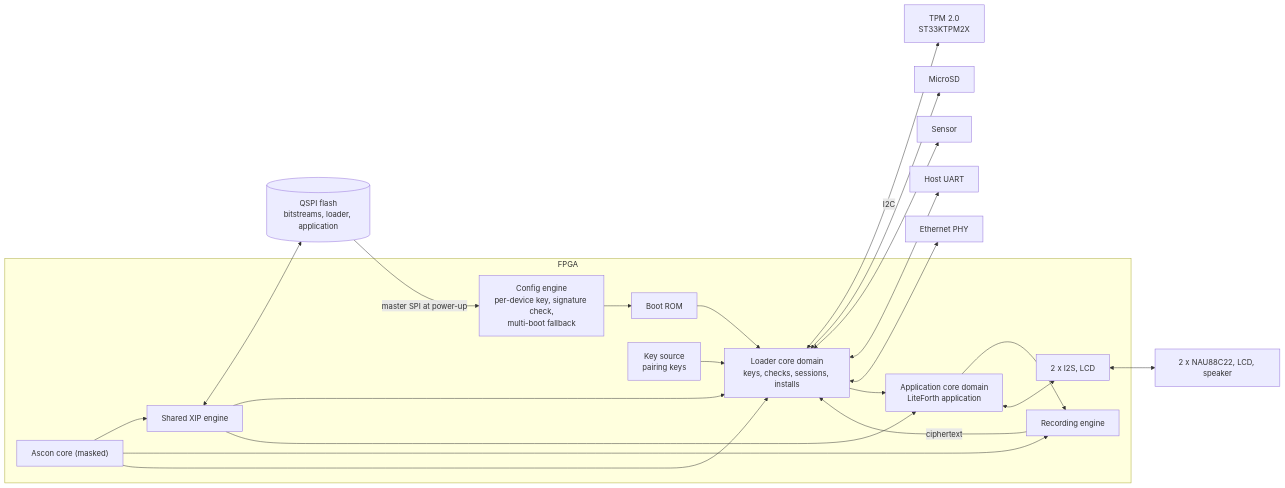
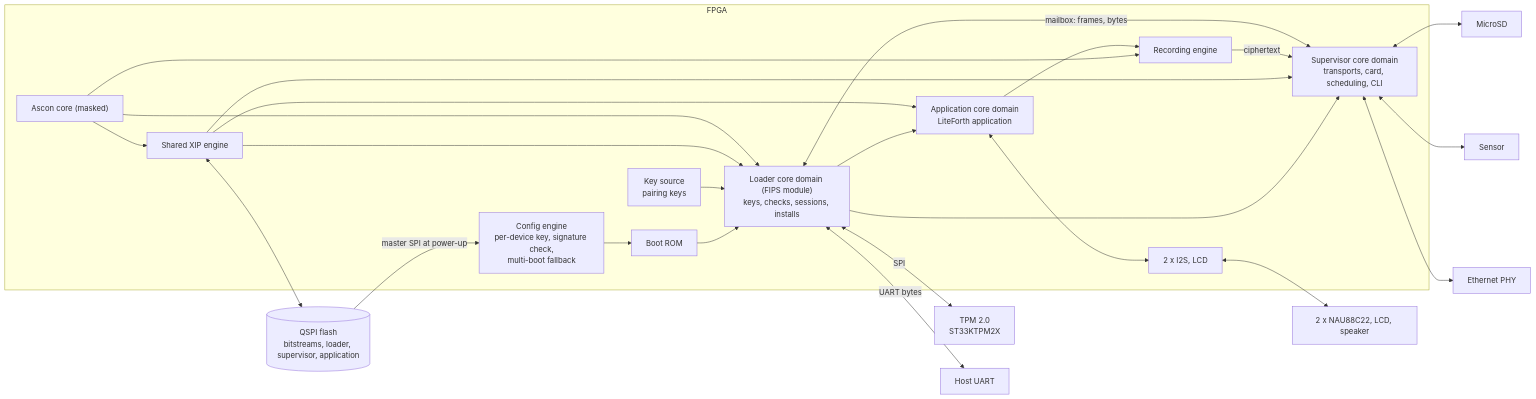
Before and after one commit to bradleyeckert/thriller: the diagram in doc/fpga.md, drawn with Mermaid. The commit also changed other lines of this file and 17 other files, not shown here.

````diff
--- a/doc/fpga.md
+++ b/doc/fpga.md
@@ -11,33 +11,36 @@
 ```mermaid
 flowchart LR
   subgraph FPGA["FPGA"]
     CFG["Config engine<br/>per-device key, signature check,<br/>multi-boot fallback"]
     ROM["Boot ROM"]
-    LDR["Loader core domain<br/>keys, checks, sessions, installs"]
+    LDR["Loader core domain (FIPS module)<br/>keys, checks, sessions, installs"]
+    SUP["Supervisor core domain<br/>transports, card, scheduling, CLI"]
     APP["Application core domain<br/>LiteForth application"]
     ASC["Ascon core (masked)"]
     KEYS["Key source<br/>pairing keys"]
     XIP["Shared XIP engine"]
     REC["Recording engine"]
     ACQ["2 x I2S, LCD"]
   end
-  FL[("QSPI flash<br/>bitstreams, loader, application")]
+  FL[("QSPI flash<br/>bitstreams, loader, supervisor, application")]
   SE["TPM 2.0<br/>ST33KTPM2X"]
   SD["MicroSD"]
   SNS["Sensor"]
   HOST["Host UART"]
   ETH["Ethernet PHY"]
   COD["2 x NAU88C22, LCD, speaker"]
   FL -->|"master SPI at power-up"| CFG
   CFG --> ROM --> LDR
   KEYS --> LDR
-  LDR <-->|I2C| SE
-  LDR <--> SD & SNS & HOST & ETH
-  LDR --> APP
+  LDR <-->|SPI| SE
+  LDR <-->|UART bytes| HOST
+  SUP <--> SD & SNS & ETH
+  SUP <-->|"mailbox: frames, bytes"| LDR
+  LDR --> SUP & APP
   XIP <--> FL
-  XIP --> LDR & APP
+  XIP --> LDR & SUP & APP
   ASC --> XIP & REC & LDR
   APP --> REC
   APP <--> ACQ <--> COD
-  REC -->|ciphertext| LDR
+  REC -->|ciphertext| SUP
 ```
````
